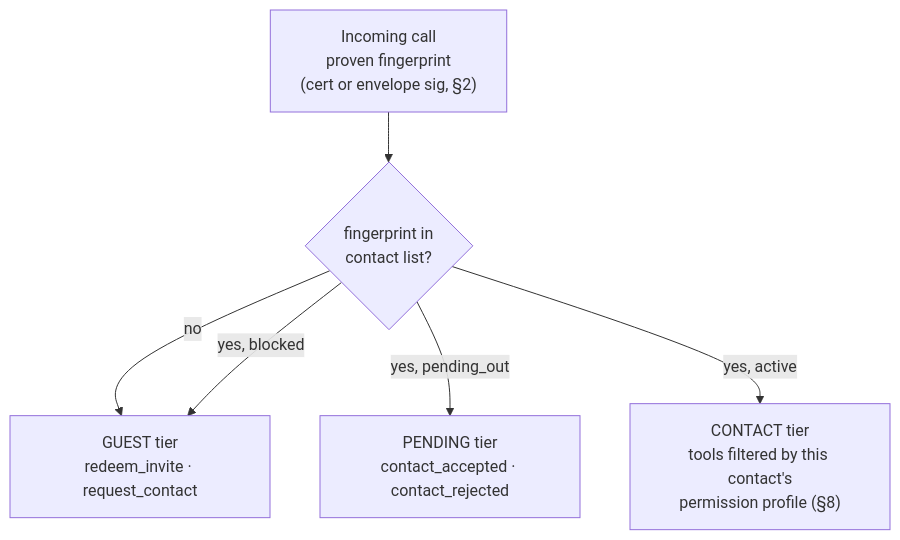
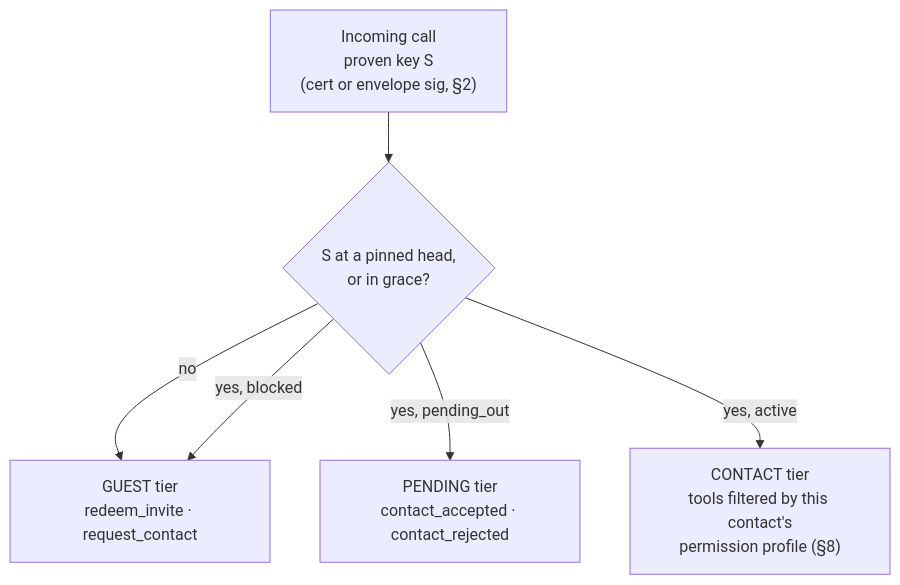
Before and after one commit to humandelegatedtrustprotocol/hdtp-spec: the fifth of 10 diagrams in SPEC.md, drawn with Mermaid. The commit also changed other lines of this file and 2 other files, not shown here.

````diff
--- a/SPEC.md
+++ b/SPEC.md
@@ -249,8 +271,8 @@
 ```mermaid
 flowchart TD
-    C["Incoming call<br/>proven fingerprint<br/>(cert or envelope sig, §2)"] --> F{"fingerprint in<br/>contact list?"}
+    C["Incoming call<br/>proven key S<br/>(cert or envelope sig, §2)"] --> F{"S at a pinned head,<br/>or in grace?"}
     F -- no --> G["GUEST tier<br/>redeem_invite · request_contact"]
     F -- "yes, pending_out" --> P["PENDING tier<br/>contact_accepted · contact_rejected"]
     F -- "yes, blocked" --> G
     F -- "yes, active" --> A["CONTACT tier<br/>tools filtered by this contact's<br/>permission profile (§8)"]
 ```
````
